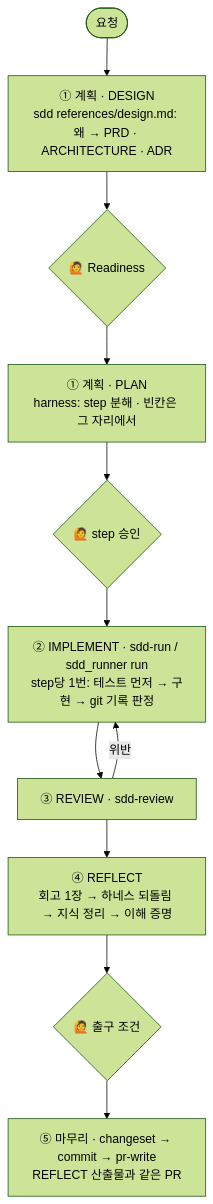
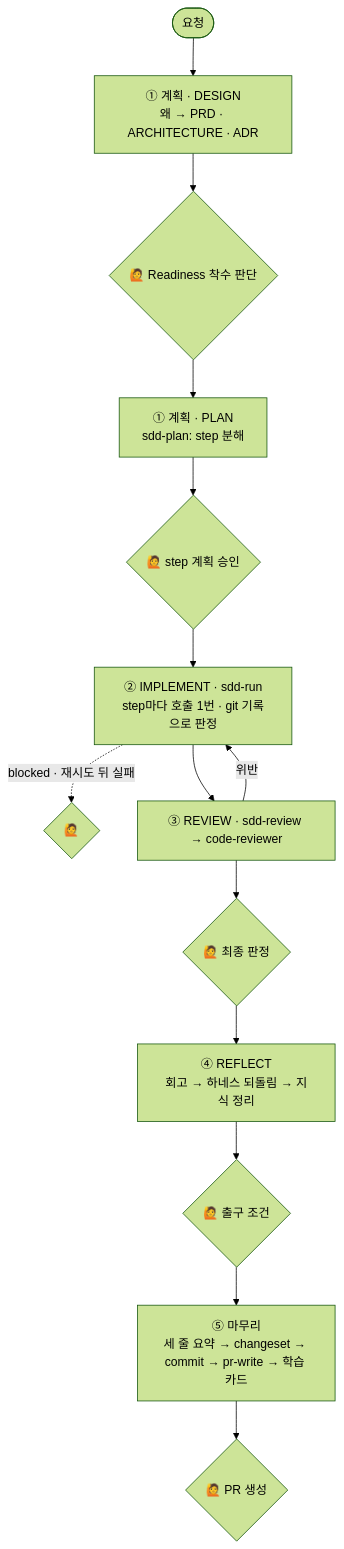
One commit to jtwjs/claude-harness changed the diagram in README.md. Above: the diagram before and after it, drawn with Mermaid (forest theme). The commit also changed other lines of this file and 1 other file, not shown here.

First line of the commit message:
feat: step 2 — readme-rewrite

````diff
--- a/README.md
+++ b/README.md
@@ -43,13 +19,16 @@
 ```mermaid
 flowchart TD
-  A([요청]) --> D["① 계획 · DESIGN<br/>sdd references/design.md: 왜 → PRD · ARCHITECTURE · ADR"]
-  D --> RD{🙋 Readiness}
-  RD --> H["① 계획 · PLAN<br/>harness: step 분해 · 빈칸은 그 자리에서"]
-  H --> G{🙋 step 승인}
-  G --> R["② IMPLEMENT · sdd-run / sdd_runner run<br/>step당 1번: 테스트 먼저 → 구현 → git 기록 판정"]
-  R --> V["③ REVIEW · sdd-review"]
+  A([요청]) --> D["① 계획 · DESIGN<br/>왜 → PRD · ARCHITECTURE · ADR"]
+  D --> D1{🙋 Readiness 착수 판단}
+  D1 --> P["① 계획 · PLAN<br/>sdd-plan: step 분해"]
+  P --> P1{🙋 step 계획 승인}
+  P1 --> R["② IMPLEMENT · sdd-run<br/>step마다 호출 1번 · git 기록으로 판정"]
+  R -.->|blocked · 재시도 뒤 실패| R1{🙋}
+  R --> V["③ REVIEW · sdd-review → code-reviewer"]
   V -->|위반| R
-  V --> F["④ REFLECT<br/>회고 1장 → 하네스 되돌림 → 지식 정리 → 이해 증명"]
-  F --> X{🙋 출구 조건}
-  X --> P["⑤ 마무리 · changeset → commit → pr-write<br/>REFLECT 산출물과 같은 PR"]
+  V --> V1{🙋 최종 판정}
+  V1 --> F["④ REFLECT<br/>회고 → 하네스 되돌림 → 지식 정리"]
+  F --> F1{🙋 출구 조건}
+  F1 --> S["⑤ 마무리<br/>세 줄 요약 → changeset → commit → pr-write → 학습 카드"]
+  S --> S1{🙋 PR 생성}
 ```
````
